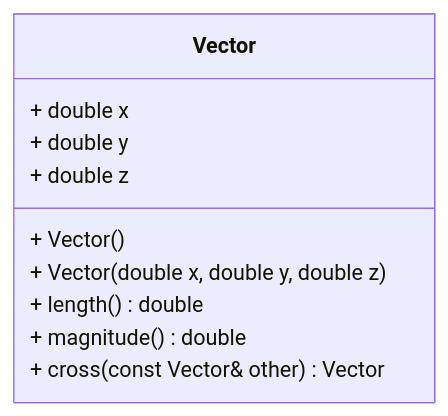
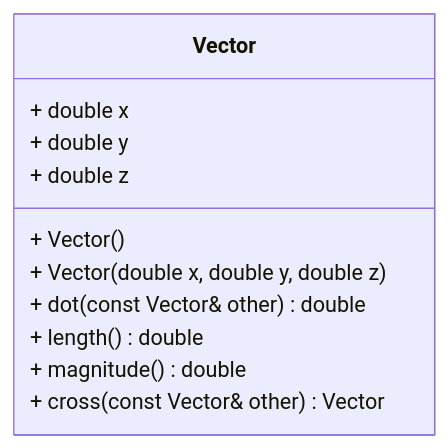
One commit to DavidRin/cpp_overloading_vector changed the diagram in README.md. Above: the diagram before and after it, drawn with Mermaid.

Commit message:
added missing dot method to class diagram

````diff
--- a/README.md
+++ b/README.md
@@ -44,15 +44,16 @@
 ```mermaid
 classDiagram
 
 class Vector {
   + double x
   + double y
   + double z
 
   + Vector()
   + Vector(double x, double y, double z)
+  + dot(const Vector& other) double
   + length() double
   + magnitude() double
   + cross(const Vector& other) Vector
 }
 ```
````
